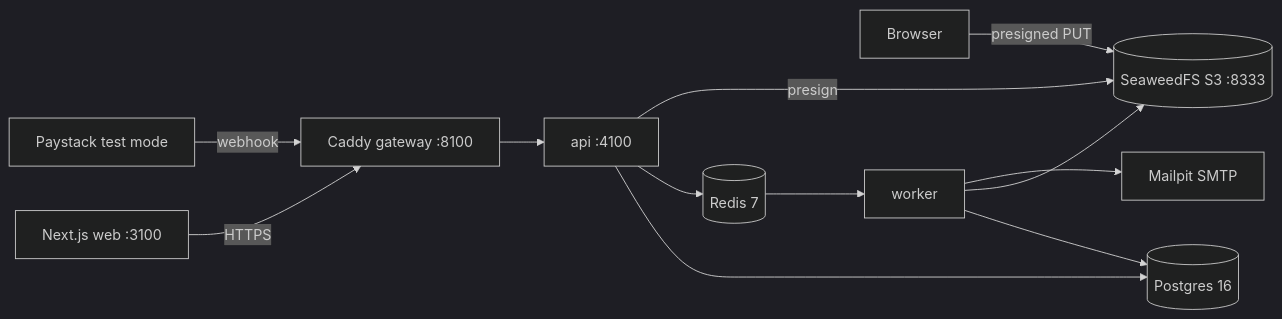
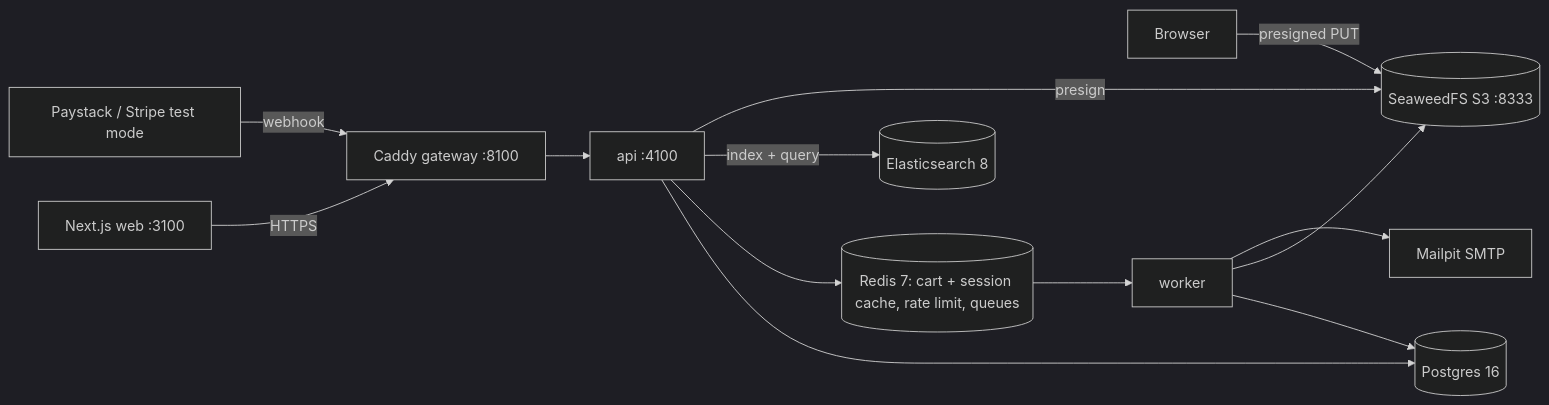
One commit to iyin141/oja-market-javascript changed the first of 4 diagrams in docs/architecture.md. Above: the diagram before and after it, drawn with Mermaid (dark theme). The commit also changed other lines of this file and 36 other files, not shown here.

First line of the commit message:
feat: coupons, PDF invoices, analytics, Stripe Connect, Elasticsearch, Redis cart cache

````diff
--- a/docs/architecture.md
+++ b/docs/architecture.md
@@ -5,14 +5,15 @@
 ```mermaid
 flowchart LR
   Web[Next.js web :3100] -->|HTTPS| GW[Caddy gateway :8100]
-  PS[Paystack test mode] -->|webhook| GW
+  PS[Paystack / Stripe test mode] -->|webhook| GW
   GW --> API[api :4100]
   API --> PG[(Postgres 16)]
-  API --> R[(Redis 7)]
+  API --> R[(Redis 7: cart + session cache, rate limit, queues)]
+  API -->|index + query| ES[(Elasticsearch 8)]
   API -->|presign| S3[(SeaweedFS S3 :8333)]
   Browser -->|presigned PUT| S3
   R --> W[worker]
   W --> PG
   W --> S3
   W --> M[Mailpit SMTP]
 ```
````
